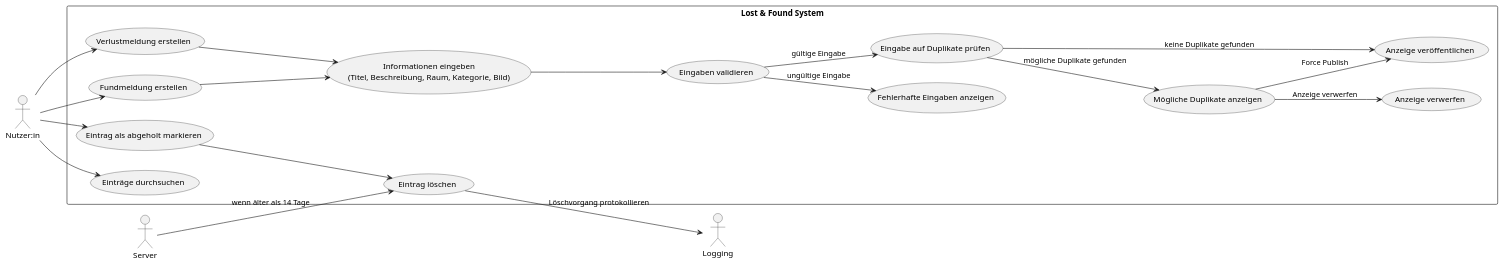
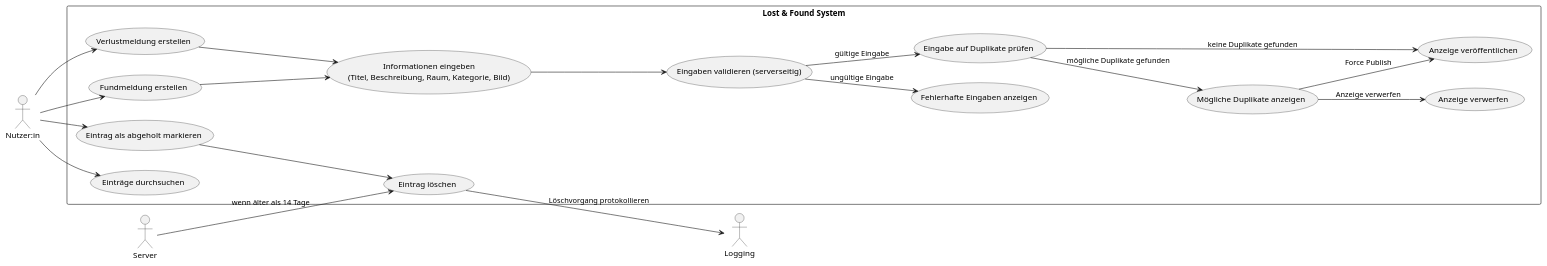
Before and after one commit to Tom0603/SoftwareEngineering_Lecture: the diagram in docs/architecture/use-case-user-stories.puml, drawn with PlantUML. The commit also changed 1 other file, not shown here.

Commit message:
updated Activity Diagramm
Expanded the existing activity diagram to cover all user flows of the MVP,
including browsing reports, optional filtering, viewing report details,
contacting creators (when email is provided), and marking items as collected.
Refined and detailed the original “Report Lost Item” flow without changing the
overall logic. Adjusted the diagram to better match the current
MVP specification and improve clarity.

```diff
--- a/docs/architecture/use-case-user-stories.puml
+++ b/docs/architecture/use-case-user-stories.puml
@@ -1,60 +1,60 @@
 @startuml
 left to right direction
 
 ' Actors
 actor "Nutzer:in" as user
 actor "Server" as server
 actor "Logging" as log
 
 ' System boundary
 rectangle "Lost & Found System" {
 
   ' Core use cases
   usecase "Verlustmeldung erstellen" as UC_Lost
   usecase "Fundmeldung erstellen" as UC_Found
   usecase "Informationen eingeben\n(Titel, Beschreibung, Raum, Kategorie, Bild)" as UC_Info
-  usecase "Eingaben validieren" as UC_Validate
+  usecase "Eingaben validieren (serverseitig)" as UC_Validate
   usecase "Fehlerhafte Eingaben anzeigen" as UC_ShowErrors
 
   usecase "Eingabe auf Duplikate prüfen" as UC_DupCheck
   usecase "Mögliche Duplikate anzeigen" as UC_ShowDup
   usecase "Anzeige veröffentlichen" as UC_Publish
   usecase "Anzeige verwerfen" as UC_Discard
 
   usecase "Eintrag als abgeholt markieren" as UC_Pickup
   usecase "Eintrag löschen" as UC_Delete
   usecase "Einträge durchsuchen" as UC_Search
 
 }
 
 ' User flows
 user --> UC_Lost
 user --> UC_Found
 
 UC_Lost --> UC_Info
 UC_Found --> UC_Info
 
 UC_Info --> UC_Validate
 
 ' Validation results
 UC_Validate --> UC_ShowErrors : ungültige Eingabe
 UC_Validate --> UC_DupCheck : gültige Eingabe
 
 ' Duplicate logic
 UC_DupCheck --> UC_Publish : keine Duplikate gefunden
 UC_DupCheck --> UC_ShowDup : mögliche Duplikate gefunden
 
 UC_ShowDup --> UC_Discard : Anzeige verwerfen
 UC_ShowDup --> UC_Publish : Force Publish
 
 ' Pickup flow
 user --> UC_Pickup
 UC_Pickup --> UC_Delete
 UC_Delete --> log : Löschvorgang protokollieren
 
 ' Search
 user --> UC_Search
 
 ' Server automated cleanup
 server --> UC_Delete : wenn älter als 14 Tage
 @enduml
```
